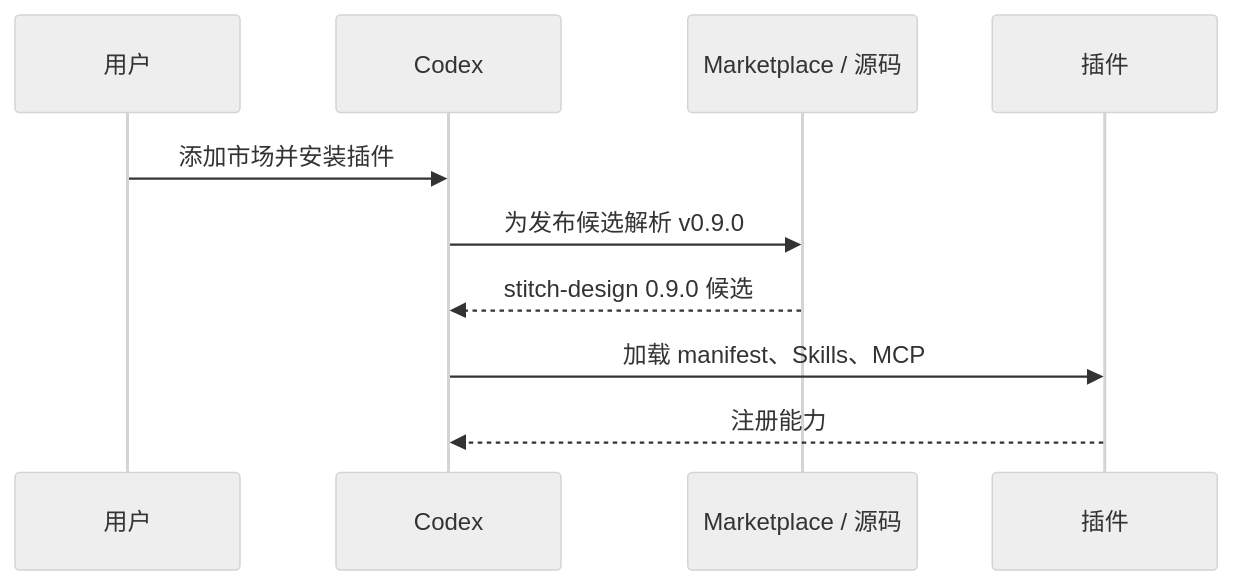
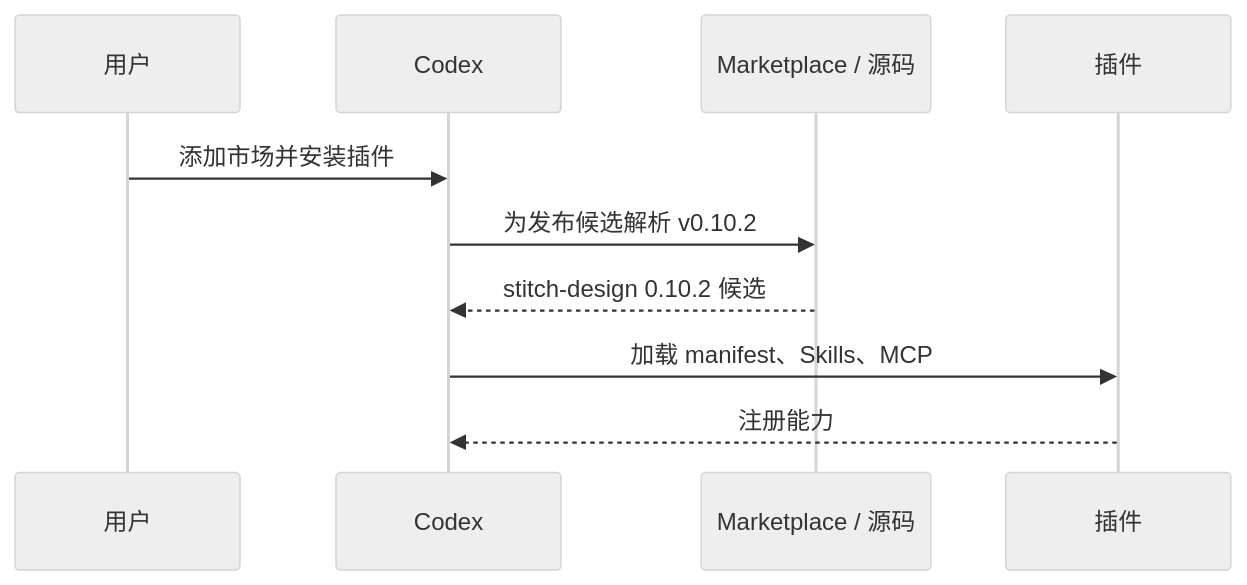
One commit to full-stack-plugins/stitch-design-plugin changed the seventh of 11 diagrams in docs/Stitch-Design-Architecture.zh_CN.md. Above: the diagram before and after it, drawn with Mermaid (neutral theme). The commit also changed other lines of this file and 17 other files, not shown here.

````diff
--- a/docs/Stitch-Design-Architecture.zh_CN.md
+++ b/docs/Stitch-Design-Architecture.zh_CN.md
@@ -173,12 +173,12 @@
 ```mermaid
 sequenceDiagram
     participant U as 用户
     participant C as Codex
     participant M as Marketplace / 源码
     participant P as 插件
     U->>C: 添加市场并安装插件
-    C->>M: 为发布候选解析 v0.9.0
-    M-->>C: stitch-design 0.9.0 候选
+    C->>M: 为发布候选解析 v0.10.2
+    M-->>C: stitch-design 0.10.2 候选
     C->>P: 加载 manifest、Skills、MCP
     P-->>C: 注册能力
 ```
````
